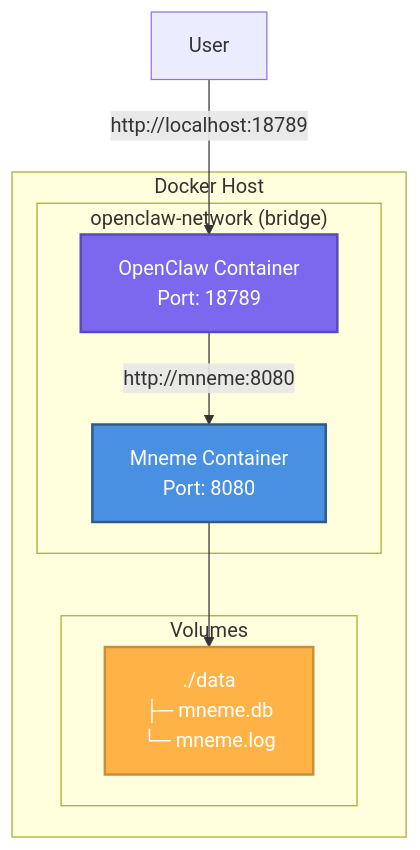
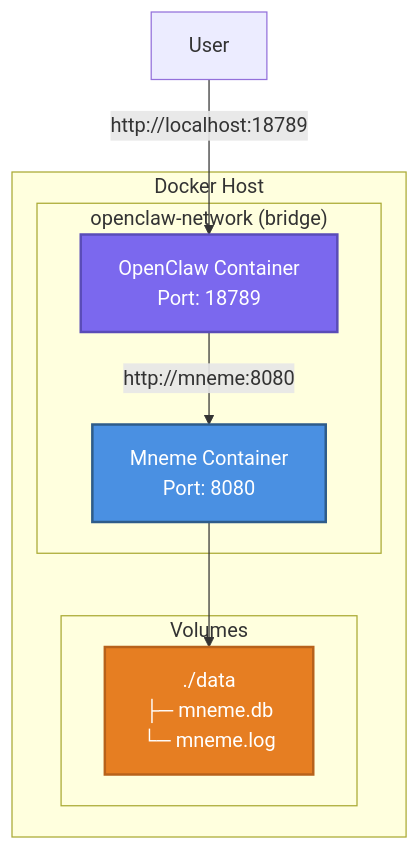
Before and after one commit to matthewxfz3/mneme: the eighth of 11 diagrams in docs/diagrams/c4-architecture.md, drawn with Mermaid. The commit also changed other lines of this file, not shown here.

First line of the commit message:
Improve diagram color contrast for accessibility

````diff
--- a/docs/diagrams/c4-architecture.md
+++ b/docs/diagrams/c4-architecture.md
@@ -423,23 +423,23 @@
 ```mermaid
 graph TB
     subgraph "Docker Host"
         subgraph "openclaw-network (bridge)"
             OPENCLAW[OpenClaw Container<br/>Port: 18789]
             MNEME[Mneme Container<br/>Port: 8080]
         end
 
         OPENCLAW -->|http://mneme:8080| MNEME
 
         subgraph "Volumes"
             DATA[./data<br/>├─ mneme.db<br/>└─ mneme.log]
         end
 
         MNEME --> DATA
     end
 
     USER[User] -->|http://localhost:18789| OPENCLAW
 
     style OPENCLAW fill:#7B68EE,stroke:#5A4CB8,stroke-width:2px,color:#fff
     style MNEME fill:#4A90E2,stroke:#2E5C8A,stroke-width:2px,color:#fff
-    style DATA fill:#FFB347,stroke:#CC8F39,stroke-width:2px,color:#fff
+    style DATA fill:#E67E22,stroke:#B8621B,stroke-width:2px,color:#fff
 ```
````
